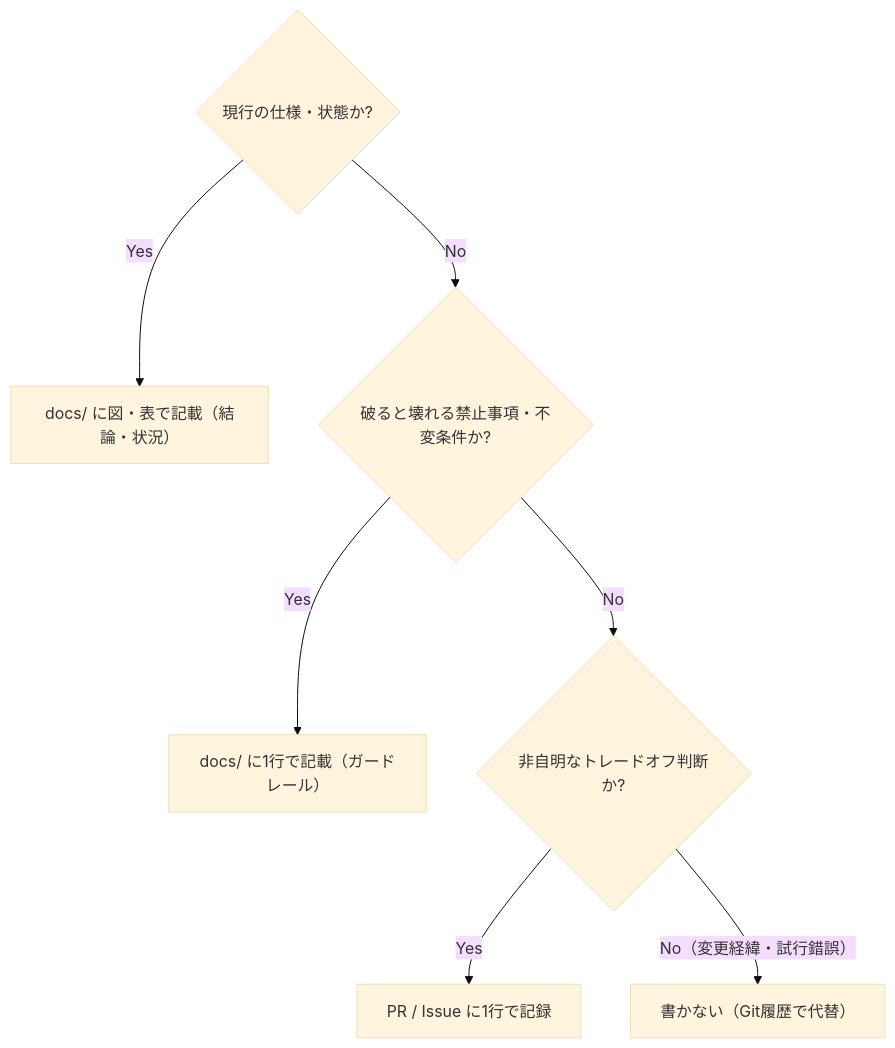
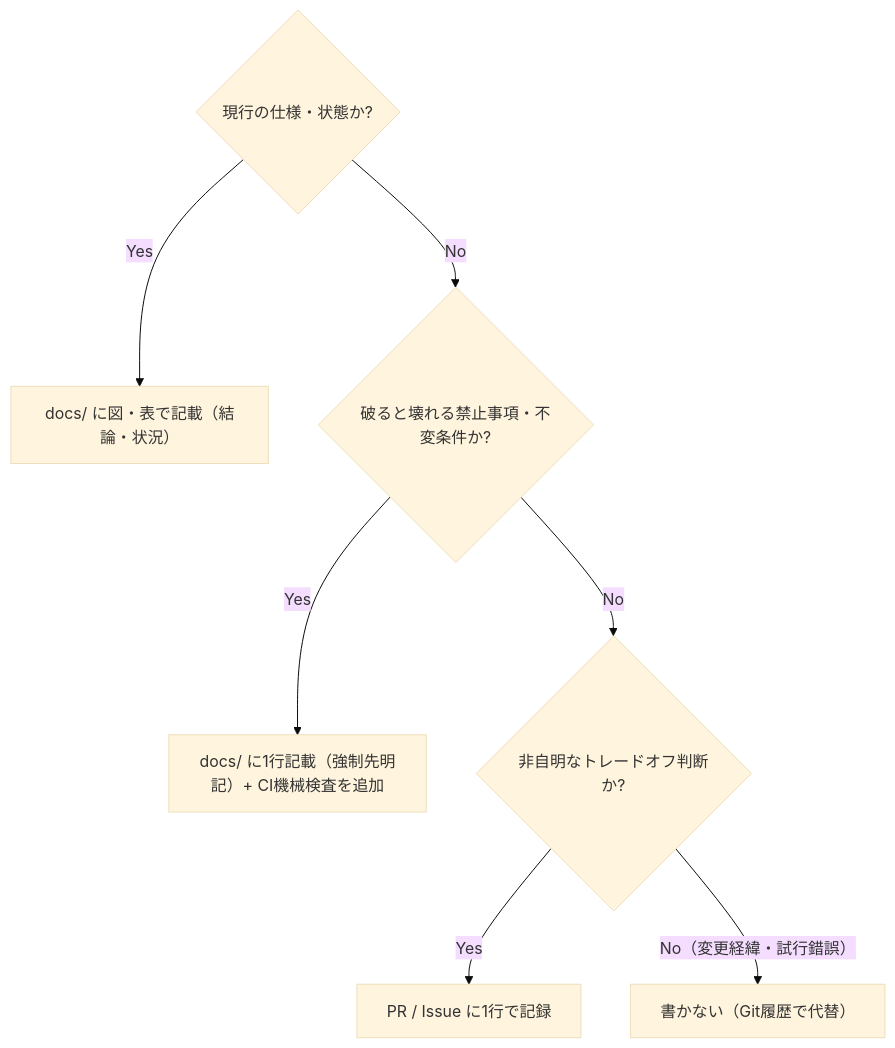
One commit to kkyosuke/bot-board changed the fifth of 6 diagrams in docs/development-workflow.md. Above: the diagram before and after it, drawn with Mermaid (base theme). The commit also changed other lines of this file and 14 other files, not shown here.

````diff
--- a/docs/development-workflow.md
+++ b/docs/development-workflow.md
@@ -119,10 +141,10 @@
 ```mermaid
 flowchart TD
   Q1{"現行の仕様・状態か?"}
   Q1 -- "Yes" --> D1["docs/ に図・表で記載（結論・状況）"]
   Q1 -- "No" --> Q2{"破ると壊れる禁止事項・不変条件か?"}
-  Q2 -- "Yes" --> D2["docs/ に1行で記載（ガードレール）"]
+  Q2 -- "Yes" --> D2["docs/ に1行記載（強制先明記）+ CI機械検査を追加"]
   Q2 -- "No" --> Q3{"非自明なトレードオフ判断か?"}
   Q3 -- "Yes" --> D3["PR / Issue に1行で記録"]
   Q3 -- "No（変更経緯・試行錯誤）" --> D4["書かない（Git履歴で代替）"]
 ```
````
